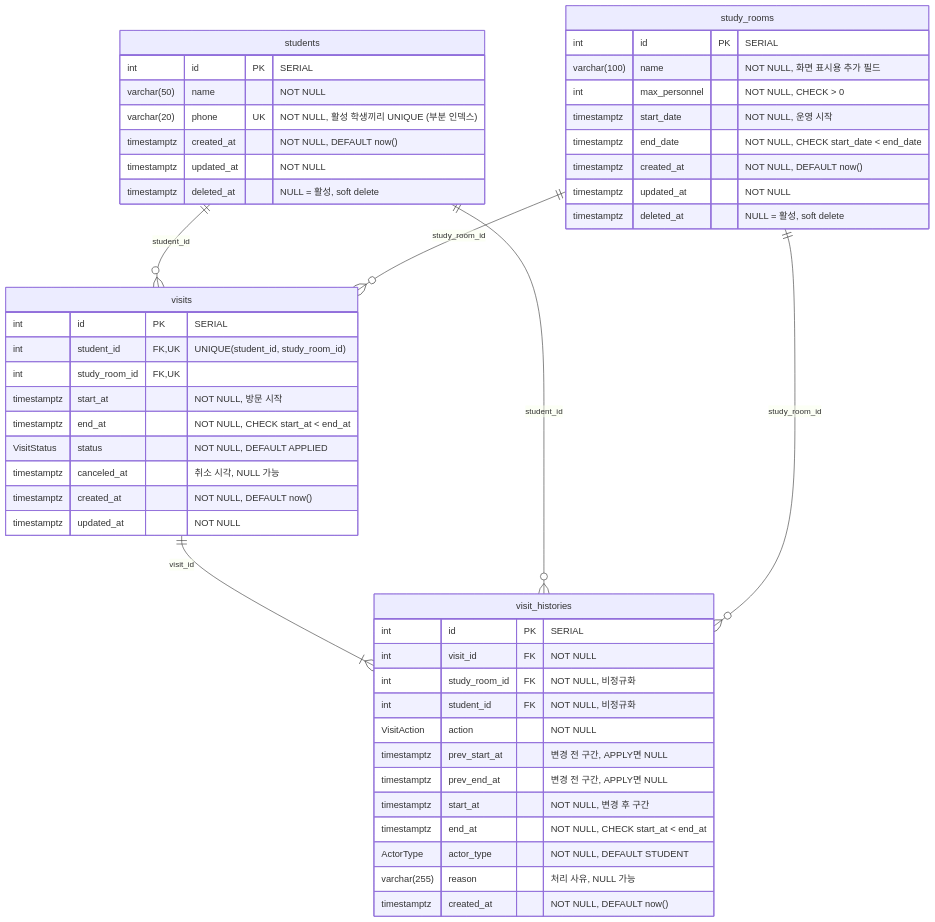
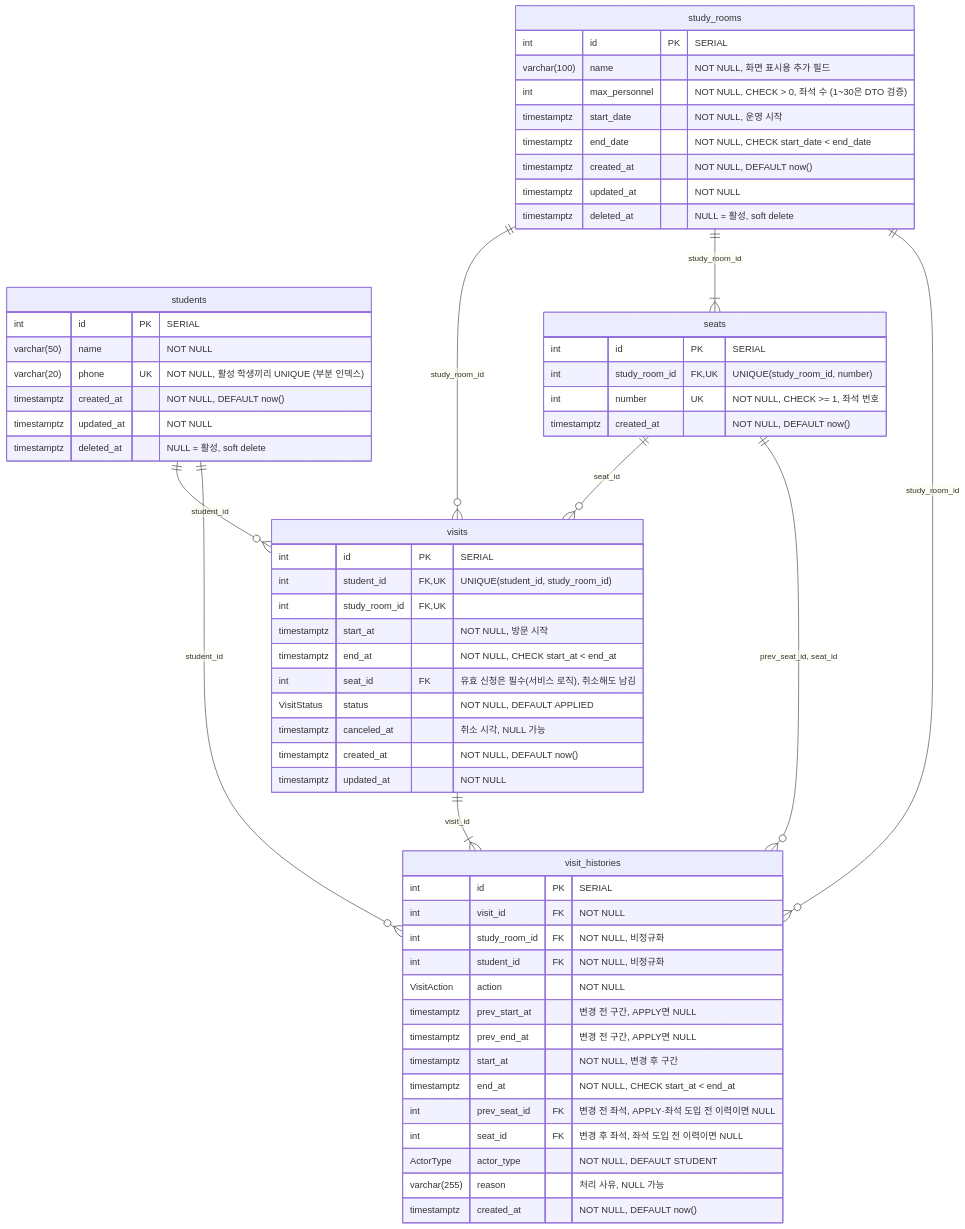
Before and after one commit to JungMINI-developer/hiconsy-task: the second of 3 diagrams in docs/database.md, drawn with Mermaid. The commit also changed other lines of this file, not shown here.

Commit message:
docs: database.md에 seats 테이블·좌석 FK·좌석 겹침 동시성·설계 이유 추가 (#53)

````diff
--- a/docs/database.md
+++ b/docs/database.md
@@ -27,55 +30,68 @@
 ```mermaid
 erDiagram
   students ||--o{ visits : "student_id"
   study_rooms ||--o{ visits : "study_room_id"
+  study_rooms ||--|{ seats : "study_room_id"
+  seats ||--o{ visits : "seat_id"
+  seats ||--o{ visit_histories : "prev_seat_id, seat_id"
   visits ||--|{ visit_histories : "visit_id"
   students ||--o{ visit_histories : "student_id"
   study_rooms ||--o{ visit_histories : "study_room_id"
 
   students {
     int id PK "SERIAL"
     varchar(50) name "NOT NULL"
     varchar(20) phone UK "NOT NULL, 활성 학생끼리 UNIQUE (부분 인덱스)"
     timestamptz created_at "NOT NULL, DEFAULT now()"
     timestamptz updated_at "NOT NULL"
     timestamptz deleted_at "NULL = 활성, soft delete"
   }
 
   study_rooms {
     int id PK "SERIAL"
     varchar(100) name "NOT NULL, 화면 표시용 추가 필드"
-    int max_personnel "NOT NULL, CHECK > 0"
+    int max_personnel "NOT NULL, CHECK > 0, 좌석 수 (1~30은 DTO 검증)"
     timestamptz start_date "NOT NULL, 운영 시작"
     timestamptz end_date "NOT NULL, CHECK start_date < end_date"
     timestamptz created_at "NOT NULL, DEFAULT now()"
     timestamptz updated_at "NOT NULL"
     timestamptz deleted_at "NULL = 활성, soft delete"
+  }
+
+  seats {
+    int id PK "SERIAL"
+    int study_room_id FK,UK "UNIQUE(study_room_id, number)"
+    int number UK "NOT NULL, CHECK >= 1, 좌석 번호"
+    timestamptz created_at "NOT NULL, DEFAULT now()"
   }
 
   visits {
     int id PK "SERIAL"
     int student_id FK,UK "UNIQUE(student_id, study_room_id)"
     int study_room_id FK,UK
     timestamptz start_at "NOT NULL, 방문 시작"
     timestamptz end_at "NOT NULL, CHECK start_at < end_at"
+    int seat_id FK "유효 신청은 필수(서비스 로직), 취소해도 남김"
     VisitStatus status "NOT NULL, DEFAULT APPLIED"
     timestamptz canceled_at "취소 시각, NULL 가능"
     timestamptz created_at "NOT NULL, DEFAULT now()"
     timestamptz updated_at "NOT NULL"
   }
 
   visit_histories {
     int id PK "SERIAL"
     int visit_id FK "NOT NULL"
     int study_room_id FK "NOT NULL, 비정규화"
     int student_id FK "NOT NULL, 비정규화"
     VisitAction action "NOT NULL"
     timestamptz prev_start_at "변경 전 구간, APPLY면 NULL"
     timestamptz prev_end_at "변경 전 구간, APPLY면 NULL"
     timestamptz start_at "NOT NULL, 변경 후 구간"
     timestamptz end_at "NOT NULL, CHECK start_at < end_at"
+    int prev_seat_id FK "변경 전 좌석, APPLY·좌석 도입 전 이력이면 NULL"
+    int seat_id FK "변경 후 좌석, 좌석 도입 전 이력이면 NULL"
     ActorType actor_type "NOT NULL, DEFAULT STUDENT"
     varchar(255) reason "처리 사유, NULL 가능"
     timestamptz created_at "NOT NULL, DEFAULT now()"
   }
 ```
````
